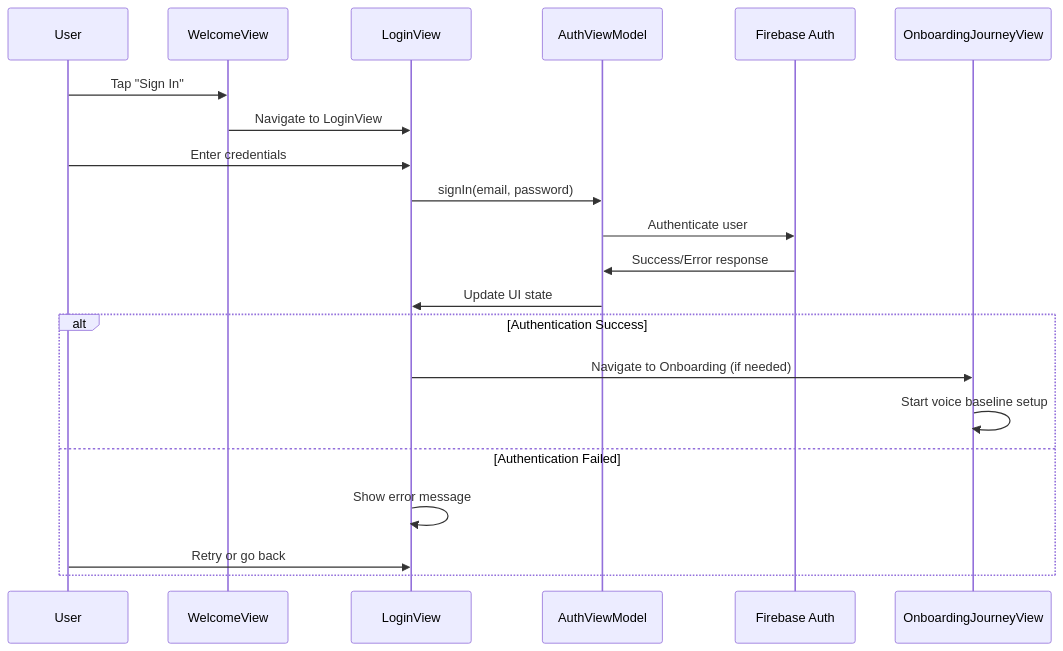
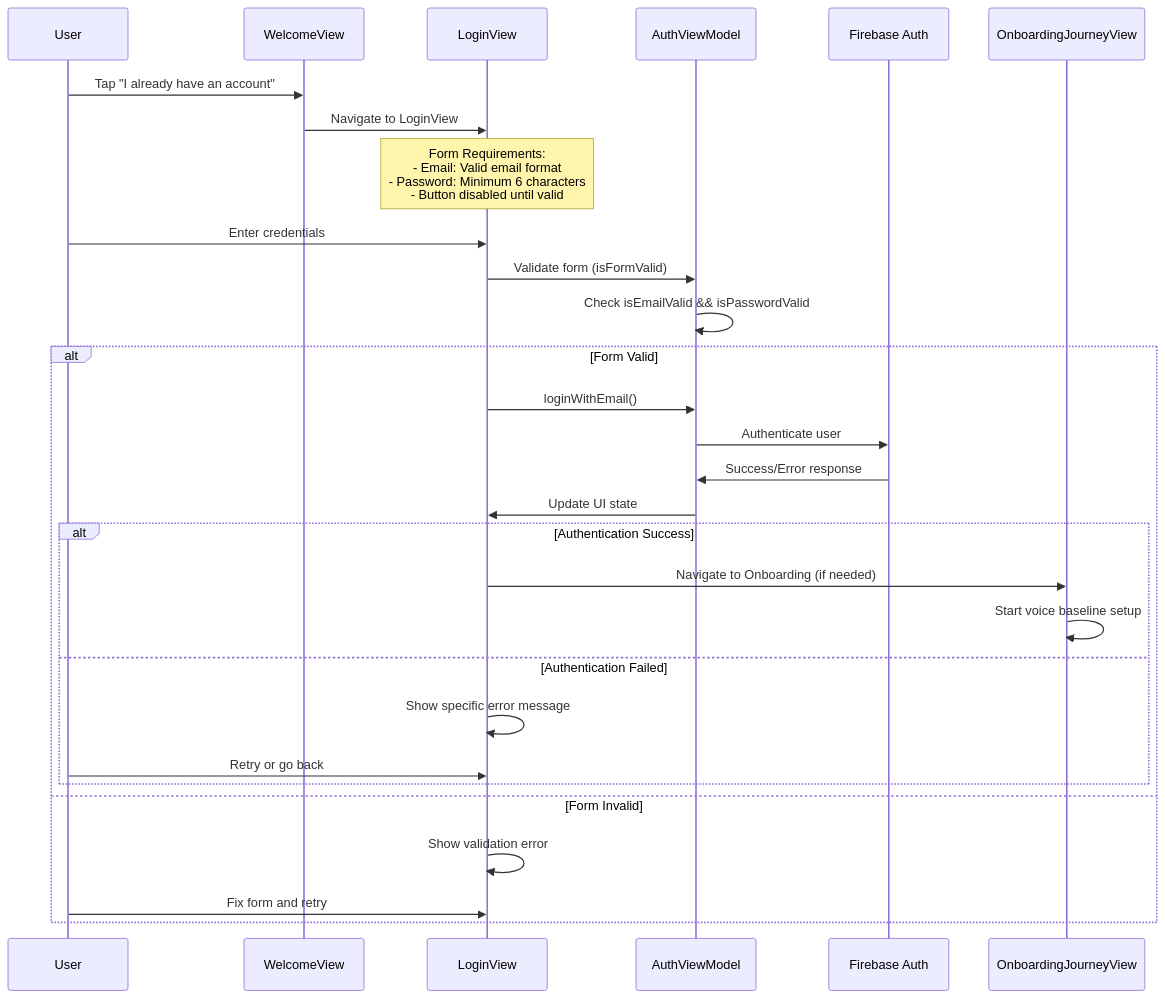
One commit to PoisonIvory/sage changed the fourth of 18 diagrams in USER_JOURNEY.md. Above: the diagram before and after it, drawn with Mermaid. The commit also changed other lines of this file, not shown here.

Commit message:
Add detailed user journey requirements and validation flows

````diff
--- a/USER_JOURNEY.md
+++ b/USER_JOURNEY.md
@@ -74,25 +138,36 @@
 ```mermaid
 sequenceDiagram
     participant U as User
     participant W as WelcomeView
     participant L as LoginView
     participant A as AuthViewModel
     participant F as Firebase Auth
     participant O as OnboardingJourneyView
     
-    U->>W: Tap "Sign In"
+    U->>W: Tap "I already have an account"
     W->>L: Navigate to LoginView
+    
+    Note over L: Form Requirements:<br/>- Email: Valid email format<br/>- Password: Minimum 6 characters<br/>- Button disabled until valid
+    
     U->>L: Enter credentials
-    L->>A: signIn(email, password)
-    A->>F: Authenticate user
-    F->>A: Success/Error response
-    A->>L: Update UI state
+    L->>A: Validate form (isFormValid)
+    A->>A: Check isEmailValid && isPasswordValid
     
-    alt Authentication Success
-        L->>O: Navigate to Onboarding (if needed)
-        O->>O: Start voice baseline setup
-    else Authentication Failed
-        L->>L: Show error message
-        U->>L: Retry or go back
+    alt Form Valid
+        L->>A: loginWithEmail()
+        A->>F: Authenticate user
+        F->>A: Success/Error response
+        A->>L: Update UI state
+        
+        alt Authentication Success
+            L->>O: Navigate to Onboarding (if needed)
+            O->>O: Start voice baseline setup
+        else Authentication Failed
+            L->>L: Show specific error message
+            U->>L: Retry or go back
+        end
+    else Form Invalid
+        L->>L: Show validation error
+        U->>L: Fix form and retry
     end
 ```
````
